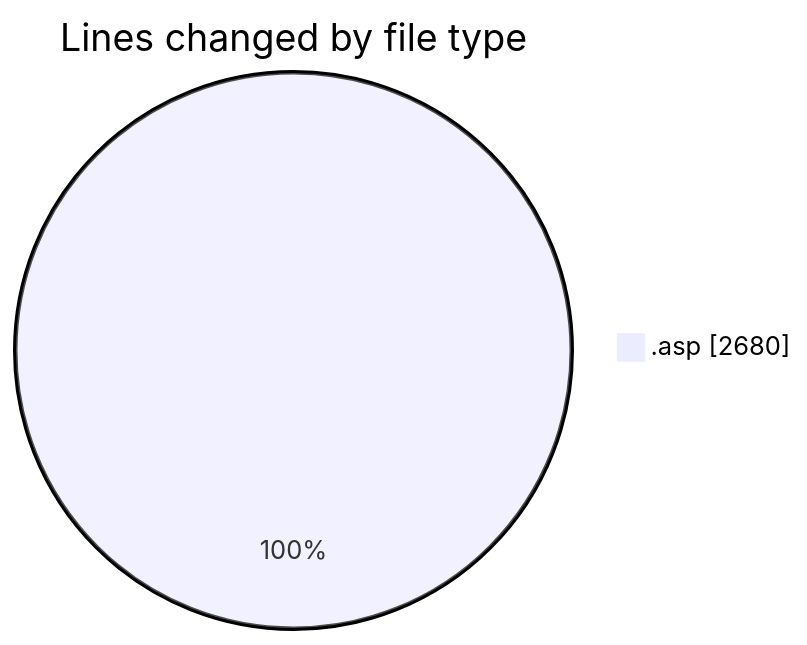
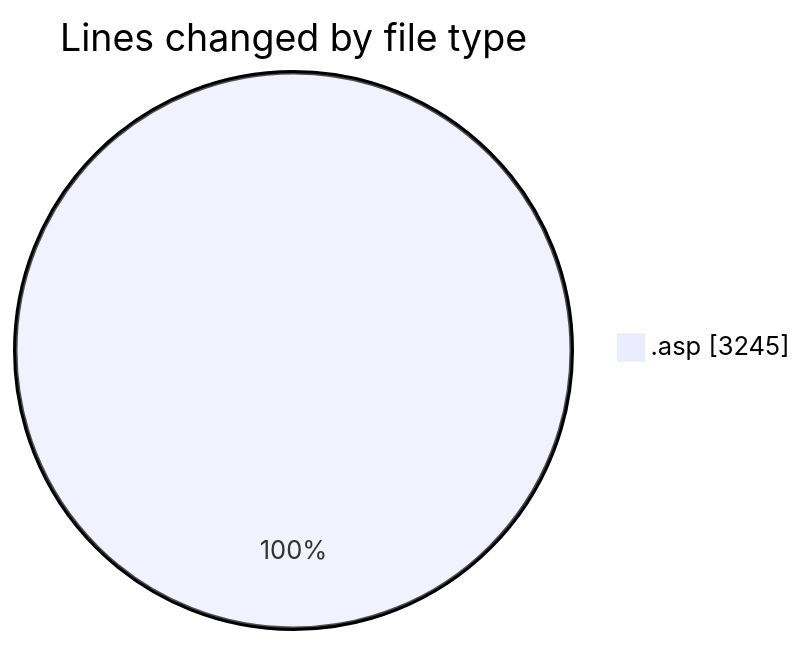
Before and after one commit to julien-gomy/code-tracking: the first of 2 diagrams in 2025-11-18/cdp_aleoudev_fr__workspace_/README.md, drawn with Mermaid. The commit also changed other lines of this file and 1 other file, not shown here.

````diff
--- a/2025-11-18/cdp_aleoudev_fr__workspace_/README.md
+++ b/2025-11-18/cdp_aleoudev_fr__workspace_/README.md
@@ -22,5 +24,5 @@
 ```mermaid
 pie showData
 title Lines changed by file type
-".asp" : 2680
+".asp" : 3245
 ```
````
